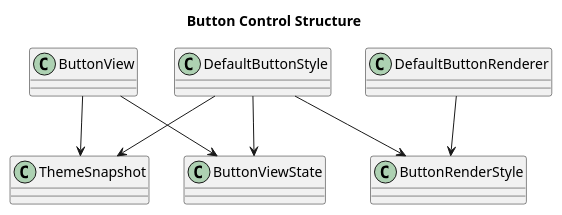
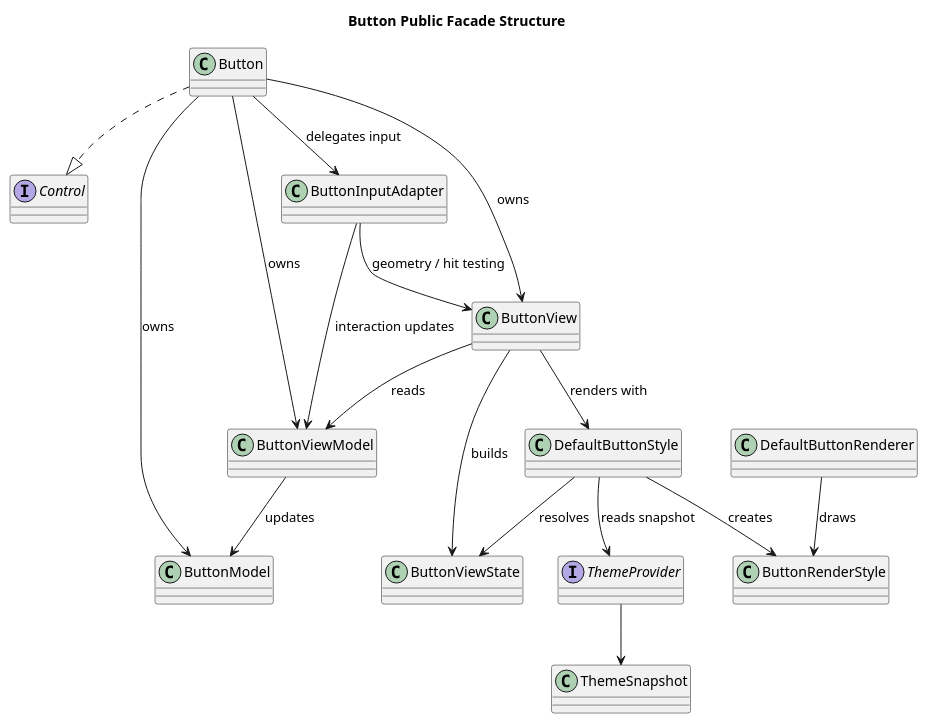
The diagram in docs/uml/control_button.puml (cdpoloz/cpz-mvvm-processing-controls), drawn with PlantUML before and after one commit. The commit also changed 251 other files, not shown here.

```diff
--- a/docs/uml/control_button.puml
+++ b/docs/uml/control_button.puml
@@ -1,19 +1,35 @@
 @startuml
-title Button Control Structure
+title Button Public Facade Structure
 skinparam packageStyle rectangle
 skinparam shadowing false
 
+interface Control
+class Button
+class ButtonModel
+class ButtonViewModel
 class ButtonView
+class ButtonInputAdapter
 class ButtonViewState
 class DefaultButtonStyle
 class ButtonRenderStyle
 class DefaultButtonRenderer
+interface ThemeProvider
 class ThemeSnapshot
 
-ButtonView --> ButtonViewState
-ButtonView --> ThemeSnapshot
-DefaultButtonStyle --> ButtonViewState
-DefaultButtonStyle --> ThemeSnapshot
-DefaultButtonStyle --> ButtonRenderStyle
-DefaultButtonRenderer --> ButtonRenderStyle
+Button ..|> Control
+Button --> ButtonModel : owns
+Button --> ButtonViewModel : owns
+Button --> ButtonView : owns
+Button --> ButtonInputAdapter : delegates input
+ButtonInputAdapter --> ButtonView : geometry / hit testing
+ButtonInputAdapter --> ButtonViewModel : interaction updates
+ButtonViewModel --> ButtonModel : updates
+ButtonView --> ButtonViewModel : reads
+ButtonView --> ButtonViewState : builds
+ButtonView --> DefaultButtonStyle : renders with
+DefaultButtonStyle --> ThemeProvider : reads snapshot
+ThemeProvider --> ThemeSnapshot
+DefaultButtonStyle --> ButtonViewState : resolves
+DefaultButtonStyle --> ButtonRenderStyle : creates
+DefaultButtonRenderer --> ButtonRenderStyle : draws
 @enduml
```
